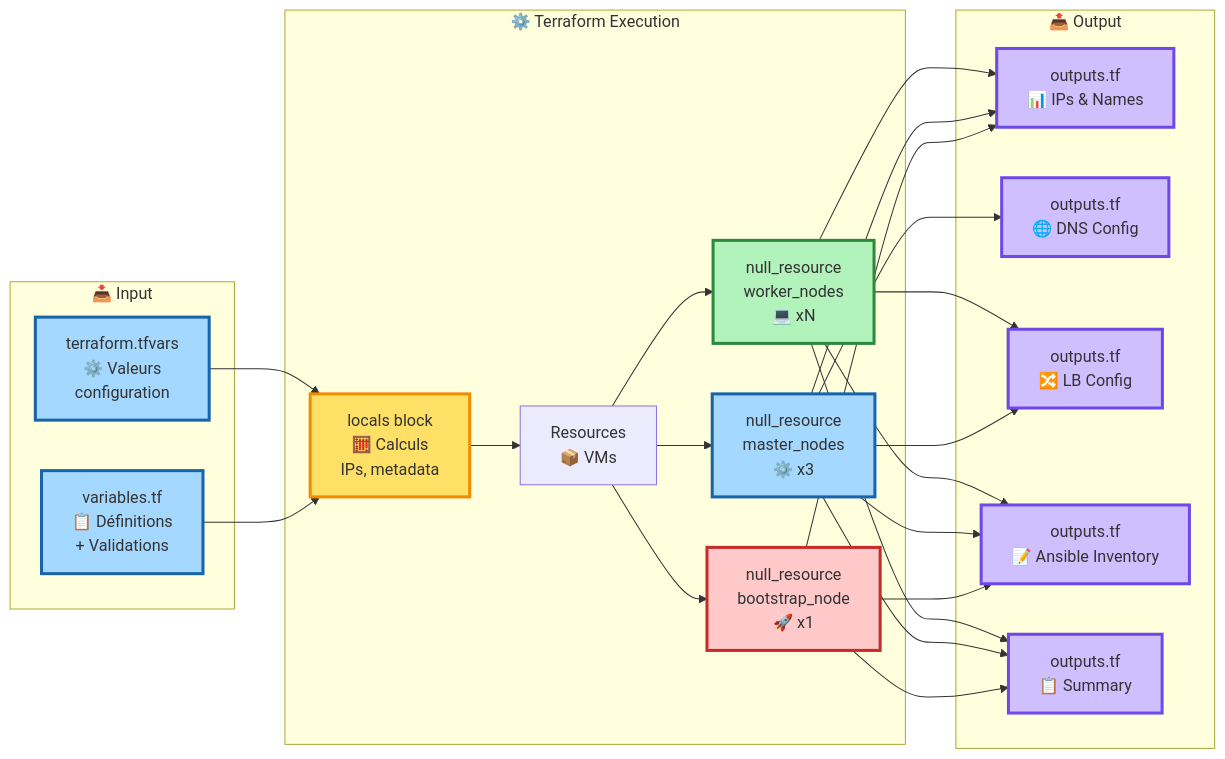
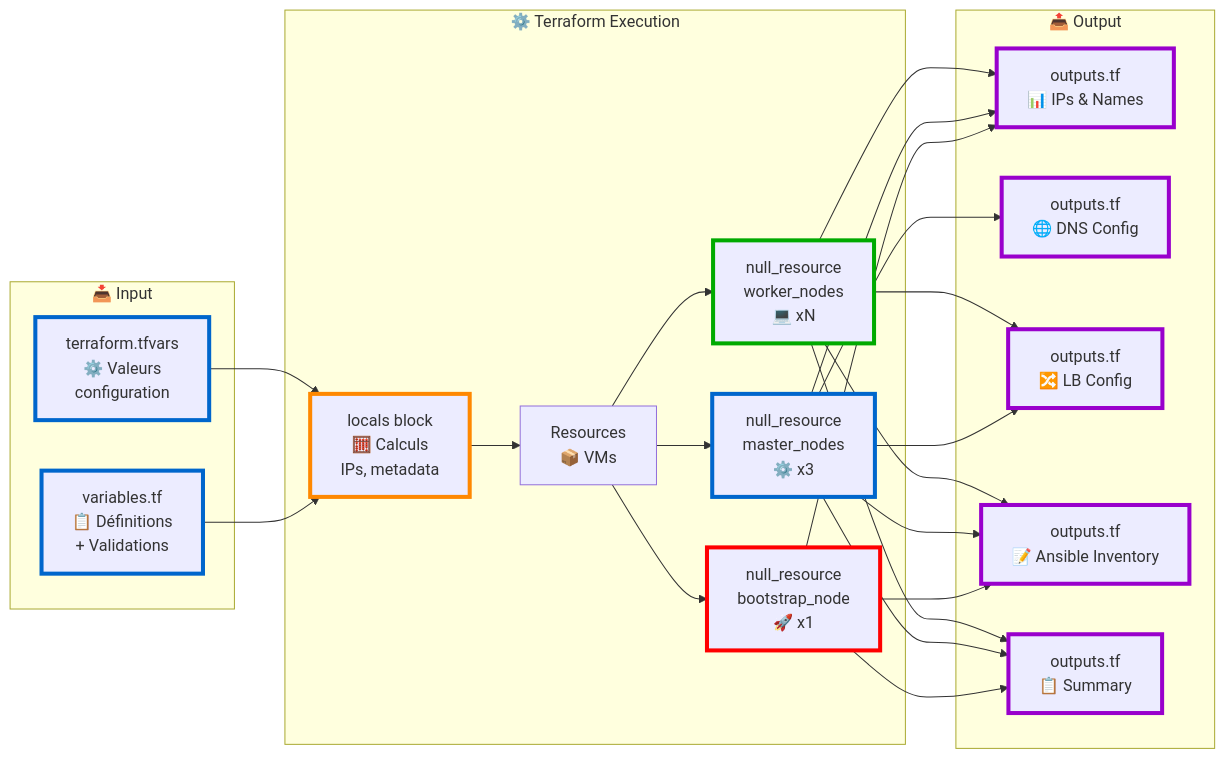
The fifth of 8 diagrams in DIAGRAMS_MERMAID.md (Z3ROX-lab/gtt-terraform-pour-openshift-UPI), drawn with Mermaid before and after one commit. The commit also changed other lines of this file, not shown here.

First line of the commit message:
Amélioration lisibilité diagrammes Mermaid + correction erreur

````diff
--- a/DIAGRAMS_MERMAID.md
+++ b/DIAGRAMS_MERMAID.md
@@ -294,62 +294,62 @@
 ```mermaid
 graph LR
     subgraph Input["📥 Input"]
         VarFile[variables.tf<br/>📋 Définitions<br/>+ Validations]
         TFVars[terraform.tfvars<br/>⚙️ Valeurs<br/>configuration]
     end
 
     subgraph Execution["⚙️ Terraform Execution"]
         Locals[locals block<br/>🧮 Calculs<br/>IPs, metadata]
 
         Resources[Resources<br/>📦 VMs]
 
         Bootstrap[null_resource<br/>bootstrap_node<br/>🚀 x1]
         Masters[null_resource<br/>master_nodes<br/>⚙️ x3]
         Workers[null_resource<br/>worker_nodes<br/>💻 xN]
 
         Resources --> Bootstrap
         Resources --> Masters
         Resources --> Workers
     end
 
     subgraph Output["📤 Output"]
         OutIPs[outputs.tf<br/>📊 IPs & Names]
         OutDNS[outputs.tf<br/>🌐 DNS Config]
         OutLB[outputs.tf<br/>🔀 LB Config]
         OutAnsible[outputs.tf<br/>📝 Ansible Inventory]
         OutSummary[outputs.tf<br/>📋 Summary]
     end
 
     VarFile --> Locals
     TFVars --> Locals
     Locals --> Resources
 
     Bootstrap --> OutIPs
     Masters --> OutIPs
     Workers --> OutIPs
 
     Masters --> OutDNS
 
     Masters --> OutLB
     Workers --> OutLB
 
     Bootstrap --> OutAnsible
     Masters --> OutAnsible
     Workers --> OutAnsible
 
     Bootstrap --> OutSummary
     Masters --> OutSummary
     Workers --> OutSummary
 
-    style VarFile fill:#a5d8ff,stroke:#1864ab,stroke-width:3px
-    style TFVars fill:#a5d8ff,stroke:#1864ab,stroke-width:3px
-    style Locals fill:#ffe066,stroke:#f08c00,stroke-width:3px
-    style Bootstrap fill:#ffc9c9,stroke:#c92a2a,stroke-width:3px
-    style Masters fill:#a5d8ff,stroke:#1864ab,stroke-width:3px
-    style Workers fill:#b2f2bb,stroke:#2b8a3e,stroke-width:3px
-    style OutIPs fill:#d0bfff,stroke:#7048e8,stroke-width:3px
-    style OutDNS fill:#d0bfff,stroke:#7048e8,stroke-width:3px
-    style OutLB fill:#d0bfff,stroke:#7048e8,stroke-width:3px
-    style OutAnsible fill:#d0bfff,stroke:#7048e8,stroke-width:3px
-    style OutSummary fill:#d0bfff,stroke:#7048e8,stroke-width:3px
+    style VarFile stroke:#0066CC,stroke-width:4px
+    style TFVars stroke:#0066CC,stroke-width:4px
+    style Locals stroke:#FF8800,stroke-width:4px
+    style Bootstrap stroke:#FF0000,stroke-width:4px
+    style Masters stroke:#0066CC,stroke-width:4px
+    style Workers stroke:#00AA00,stroke-width:4px
+    style OutIPs stroke:#9900CC,stroke-width:4px
+    style OutDNS stroke:#9900CC,stroke-width:4px
+    style OutLB stroke:#9900CC,stroke-width:4px
+    style OutAnsible stroke:#9900CC,stroke-width:4px
+    style OutSummary stroke:#9900CC,stroke-width:4px
 ```
````
